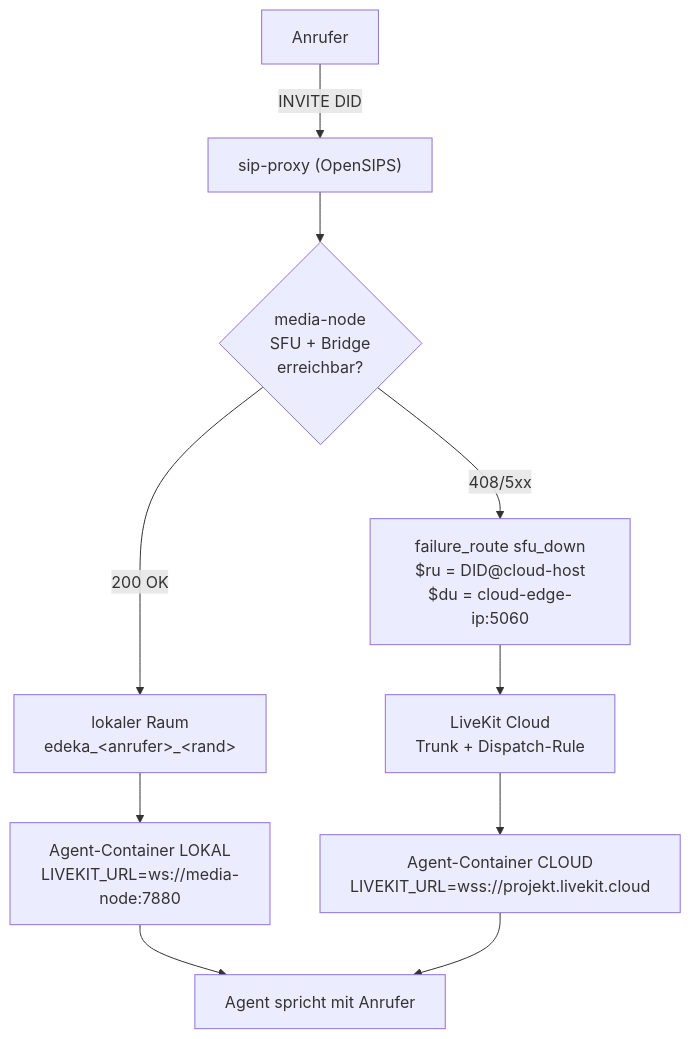
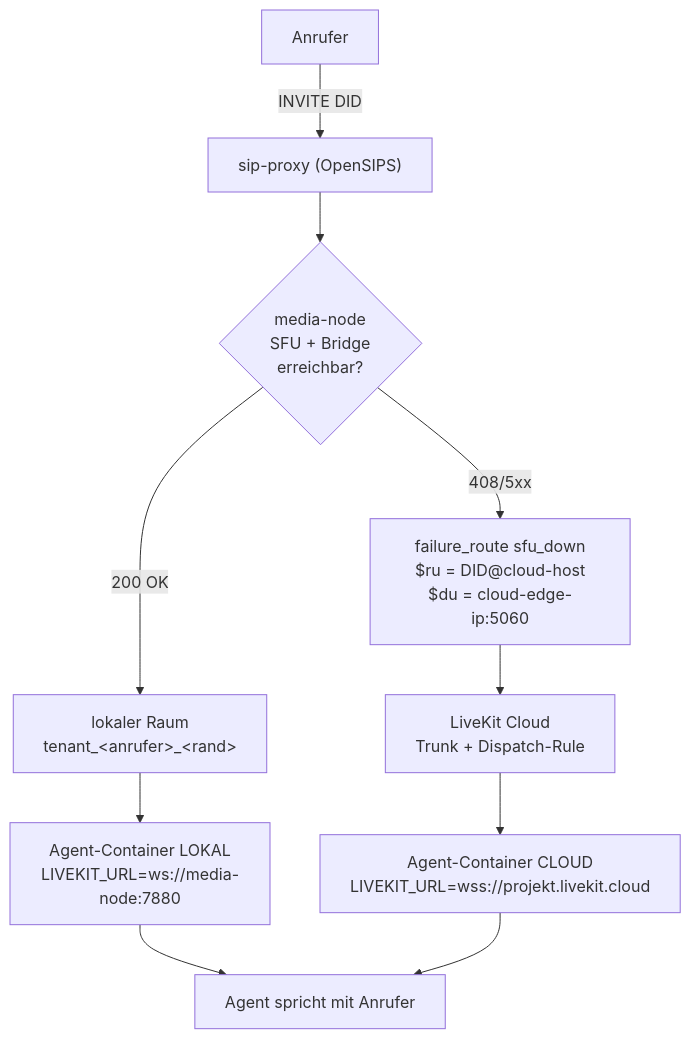
The diagram in docs/FALLBACK.md (livedialai/voice-fallback-architecture), drawn with Mermaid before and after one commit. The commit also changed 11 other files, not shown here.

````diff
--- a/docs/FALLBACK.md
+++ b/docs/FALLBACK.md
@@ -11,12 +11,12 @@
 ```mermaid
 flowchart TD
   A["Anrufer"] -->|INVITE DID| P["sip-proxy (OpenSIPS)"]
   P --> M{"media-node<br/>SFU + Bridge<br/>erreichbar?"}
-  M -->|"200 OK"| L["lokaler Raum<br/>edeka_&lt;anrufer&gt;_&lt;rand&gt;"]
+  M -->|"200 OK"| L["lokaler Raum<br/>tenant_&lt;anrufer&gt;_&lt;rand&gt;"]
   L --> WL["Agent-Container LOKAL<br/>LIVEKIT_URL=ws://media-node:7880"]
   M -->|"408/5xx"| F["failure_route sfu_down<br/>$ru = DID@cloud-host<br/>$du = cloud-edge-ip:5060"]
   F --> CL["LiveKit Cloud<br/>Trunk + Dispatch-Rule"]
   CL --> WC["Agent-Container CLOUD<br/>LIVEKIT_URL=wss://projekt.livekit.cloud"]
   WL --> SP["Agent spricht mit Anrufer"]
   WC --> SP
 ```
````
